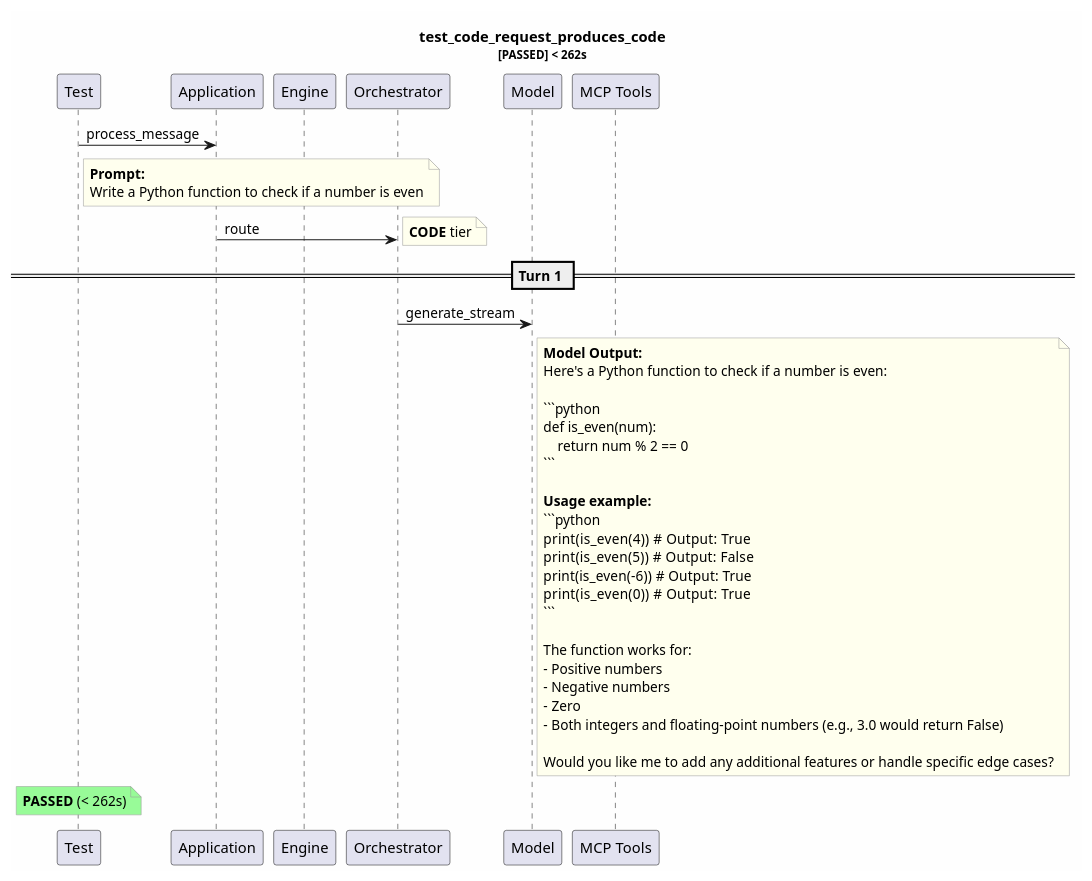
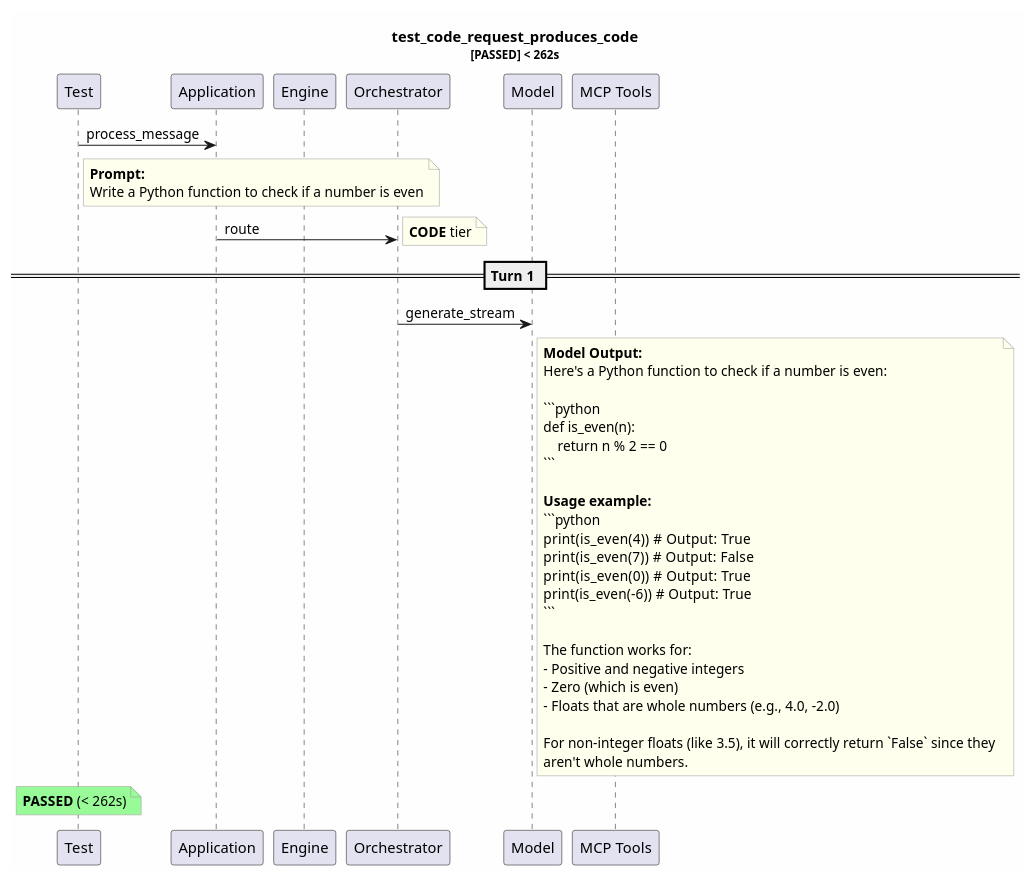
The diagram in test-reports/logs/test_code_request_produces_code/test_code_request_produces_code.puml (tvanfossen/entropic), drawn with PlantUML before and after one commit. The commit also changed 25 other files, not shown here.

````diff
--- a/test-reports/logs/test_code_request_produces_code/test_code_request_produces_code.puml
+++ b/test-reports/logs/test_code_request_produces_code/test_code_request_produces_code.puml
@@ -1,52 +1,52 @@
 @startuml
 skinparam backgroundColor #FEFEFE
 skinparam noteBorderColor #999999
 skinparam noteBackgroundColor #FFFFEE
 title test_code_request_produces_code\n<size:11>[PASSED] < 262s</size>
 
 participant "Test" as T
 participant "Application" as App
 participant "Engine" as Eng
 participant "Orchestrator" as Orch
 participant "Model" as Mdl
 participant "MCP Tools" as MCP
 
 T -> App: process_message
 note right of T
   **Prompt:**
   Write a Python function to check if a number is even
 end note
 App -> Orch: route
 note right: **CODE** tier
 == Turn 1 ==
 Orch -> Mdl: generate_stream
 note right of Mdl
   **Model Output:**
   Here's a Python function to check if a number is even:
   
   ```python
-  def is_even(num):
-      return num % 2 == 0
+  def is_even(n):
+      return n % 2 == 0
   ```
   
   **Usage example:**
   ```python
   print(is_even(4))   # Output: True
-  print(is_even(5))   # Output: False
+  print(is_even(7))   # Output: False
+  print(is_even(0))   # Output: True
   print(is_even(-6))  # Output: True
-  print(is_even(0))   # Output: True
   ```
   
   The function works for:
-  - Positive numbers
-  - Negative numbers
-  - Zero
-  - Both integers and floating-point numbers (e.g., 3.0 would return False)
+  - Positive and negative integers
+  - Zero (which is even)
+  - Floats that are whole numbers (e.g., 4.0, -2.0)
   
-  Would you like me to add any additional features or handle specific edge cases?
+  For non-integer floats (like 3.5), it will correctly return `False` since they 
+  aren't whole numbers.
 end note
 note over T #palegreen
   **PASSED** (< 262s)
 end note
 
 @enduml
````
